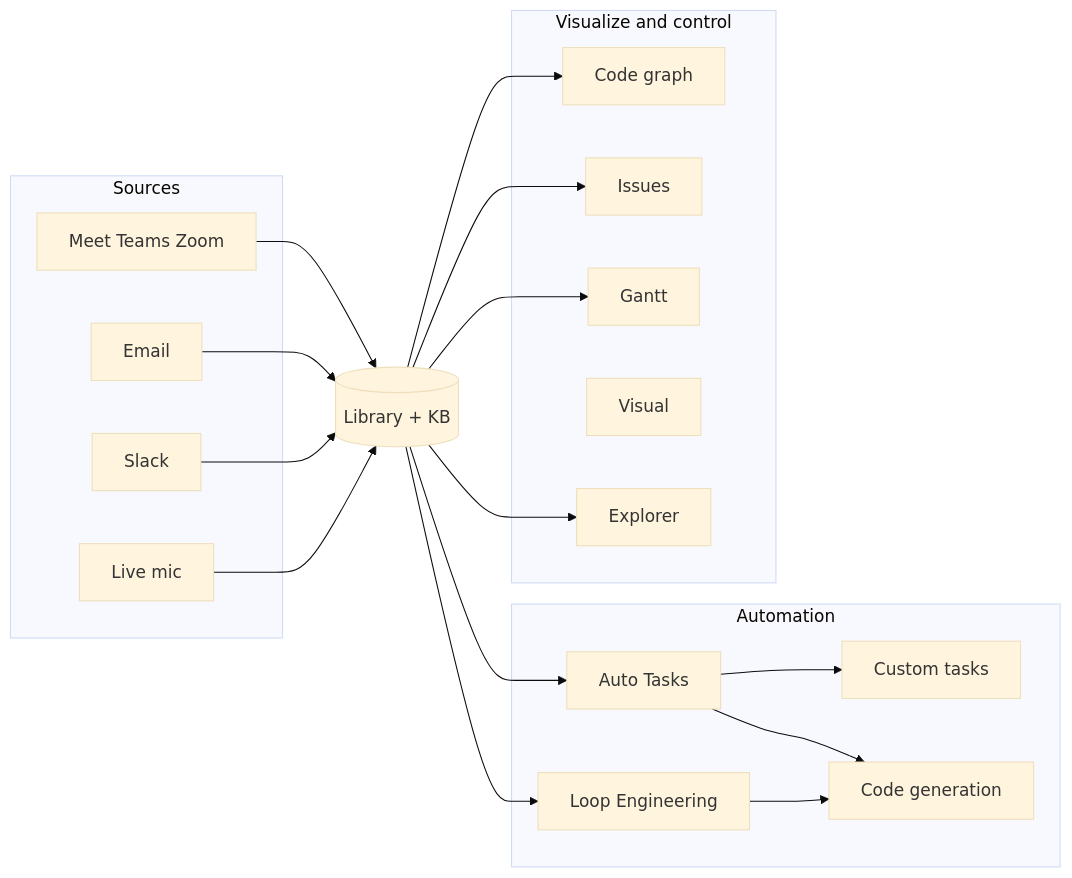
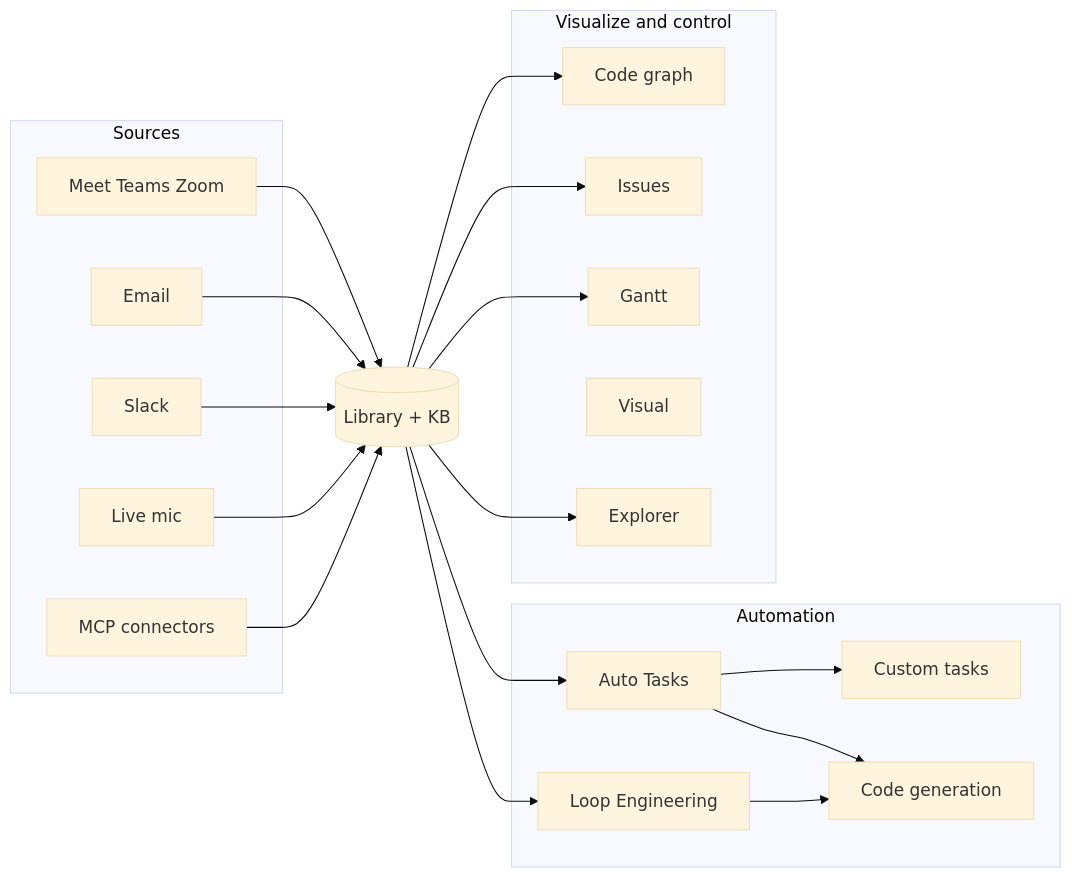
One commit to dnsmalla/llm-ide changed the first of 2 diagrams in README.md. Above: the diagram before and after it, drawn with Mermaid (base theme). The commit also changed other lines of this file, not shown here.

````diff
--- a/README.md
+++ b/README.md
@@ -37,30 +37,32 @@
 ```mermaid
 flowchart LR
   subgraph sources [Sources]
     M[Meet Teams Zoom]
     E[Email]
     S[Slack]
     L[Live mic]
+    MCP[MCP connectors]
   end
   LIB[(Library + KB)]
   subgraph auto [Automation]
     AT[Auto Tasks]
     LE[Loop Engineering]
     CT[Custom tasks]
     CG[Code generation]
   end
   subgraph viz [Visualize and control]
     G[Code graph]
     I[Issues]
     GN[Gantt]
     V[Visual]
     EX[Explorer]
   end
   M --> LIB
   E --> LIB
   S --> LIB
   L --> LIB
+  MCP --> LIB
   LIB --> AT & LE & EX & G & I & GN
   AT --> CT & CG
   LE --> CG
 ```
````
